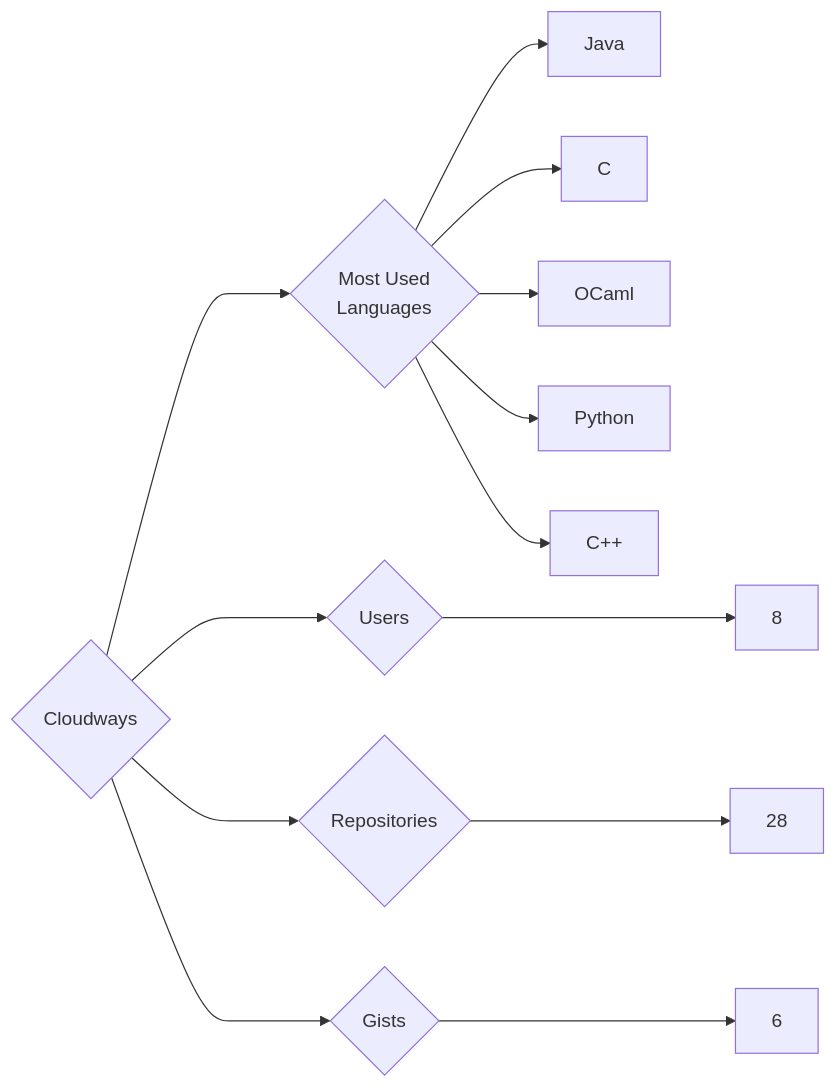
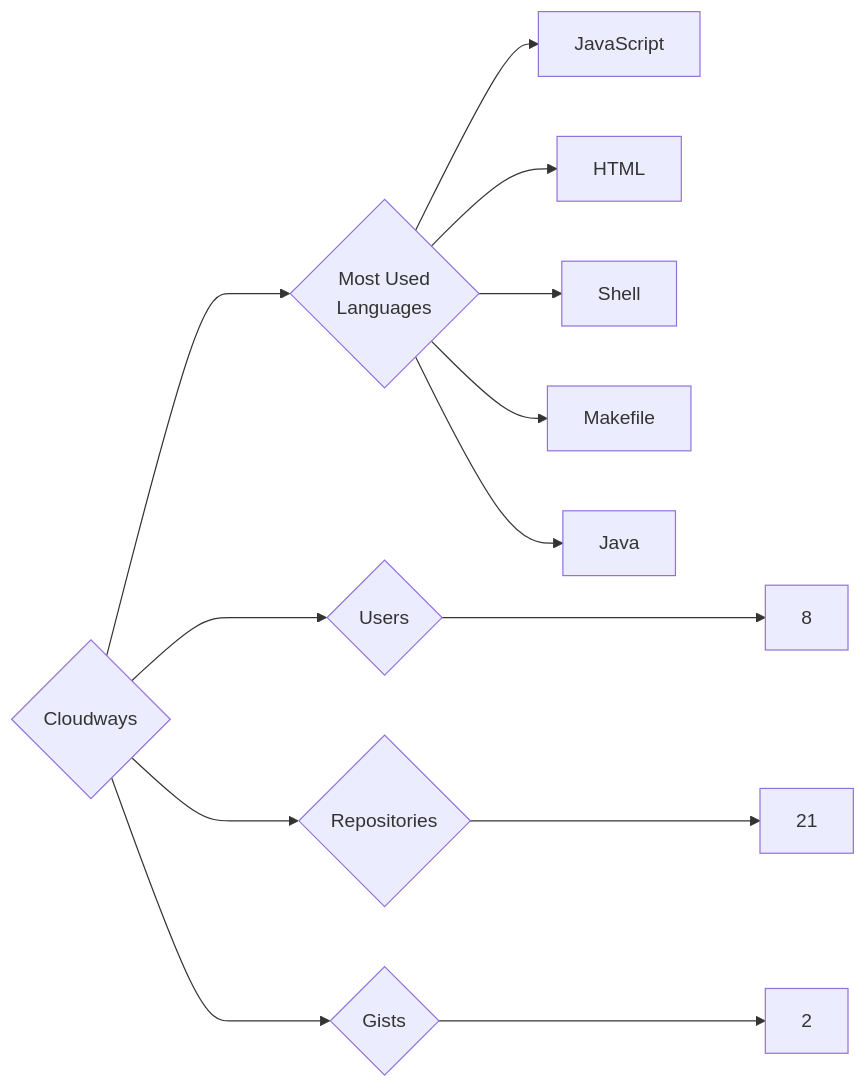
One commit to trickest/insiders changed the diagram in targets/Cloudways/README.md. Above: the diagram before and after it, drawn with Mermaid. The commit also changed 1084 other files, not shown here.

````diff
--- a/targets/Cloudways/README.md
+++ b/targets/Cloudways/README.md
@@ -3,13 +3,13 @@
 ```mermaid
 graph LR
 COMPANY_NAME{Cloudways}
 COMPANY_NAME ---> U{Users} ---> UN[8]
-COMPANY_NAME ---> R{Repositories} ---> RN[28]
-COMPANY_NAME ---> G{Gists} ---> GN[6]
+COMPANY_NAME ---> R{Repositories} ---> RN[21]
+COMPANY_NAME ---> G{Gists} ---> GN[2]
 COMPANY_NAME ---> ML{Most Used<br>Languages}
+ML --> JavaScript[JavaScript]
+ML --> HTML[HTML]
+ML --> Shell[Shell]
+ML --> Makefile[Makefile]
 ML --> Java[Java]
-ML --> C[C]
-ML --> OCaml[OCaml]
-ML --> Python[Python]
-ML --> C++[C++]
 ```
````
